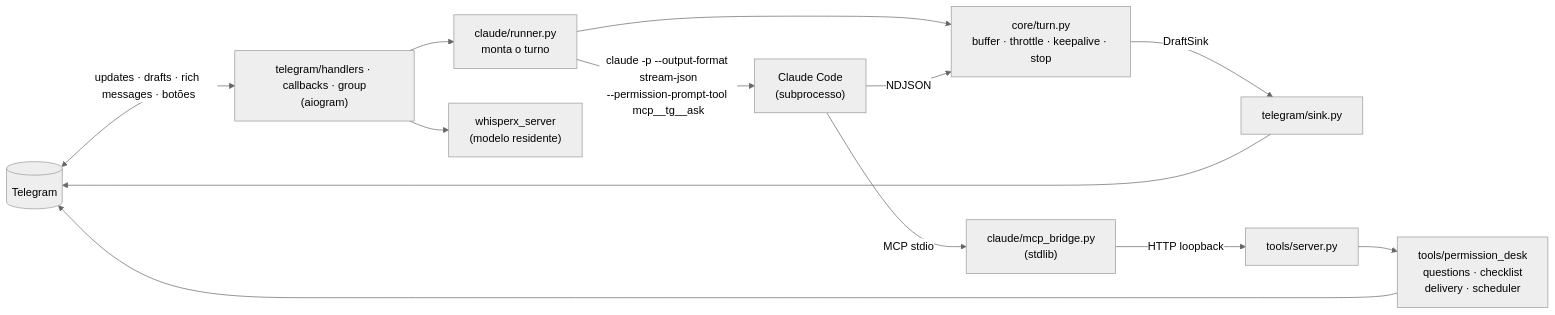
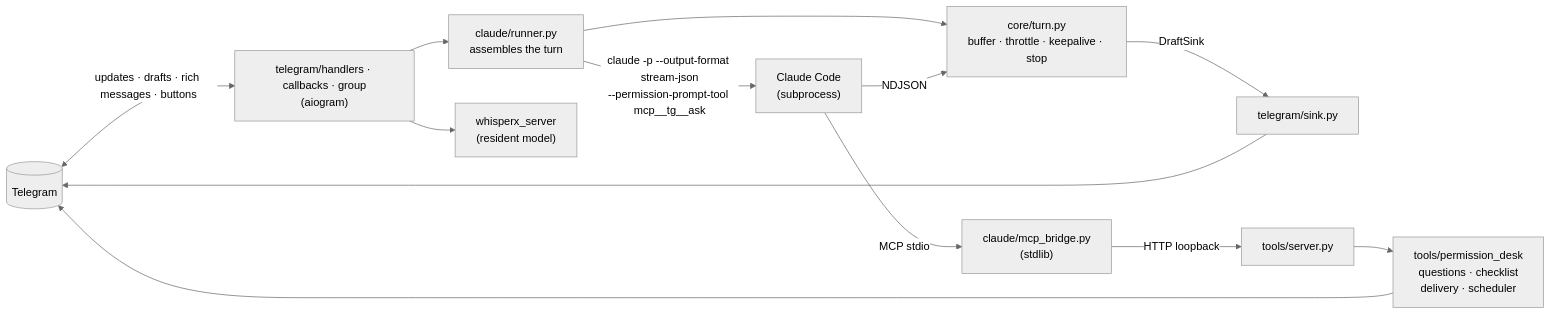
One commit to correaschneider/claude-telegram-bot-v2 changed the diagram in README.md. Above: the diagram before and after it, drawn with Mermaid (neutral theme). The commit also changed other lines of this file and 5 other files, not shown here.

````diff
--- a/README.md
+++ b/README.md
@@ -106,15 +107,15 @@
 ```mermaid
 flowchart LR
-    TG[("Telegram")] <-- "updates · drafts · rich messages · botões" --> H["telegram/handlers · callbacks · group<br/>(aiogram)"]
-    H --> R["claude/runner.py<br/>monta o turno"]
+    TG[("Telegram")] <-- "updates · drafts · rich messages · buttons" --> H["telegram/handlers · callbacks · group<br/>(aiogram)"]
+    H --> R["claude/runner.py<br/>assembles the turn"]
     R --> T["core/turn.py<br/>buffer · throttle · keepalive · stop"]
     T -- "DraftSink" --> S["telegram/sink.py"]
     S --> TG
-    R -- "claude -p --output-format stream-json<br/>--permission-prompt-tool mcp__tg__ask" --> C["Claude Code<br/>(subprocesso)"]
+    R -- "claude -p --output-format stream-json<br/>--permission-prompt-tool mcp__tg__ask" --> C["Claude Code<br/>(subprocess)"]
     C -- "NDJSON" --> T
     C -- "MCP stdio" --> B["claude/mcp_bridge.py<br/>(stdlib)"]
     B -- "HTTP loopback" --> BS["tools/server.py"]
     BS --> PD["tools/permission_desk<br/>questions · checklist<br/>delivery · scheduler"]
     PD --> TG
-    H --> W["whisperx_server<br/>(modelo residente)"]
+    H --> W["whisperx_server<br/>(resident model)"]
 ```
````
